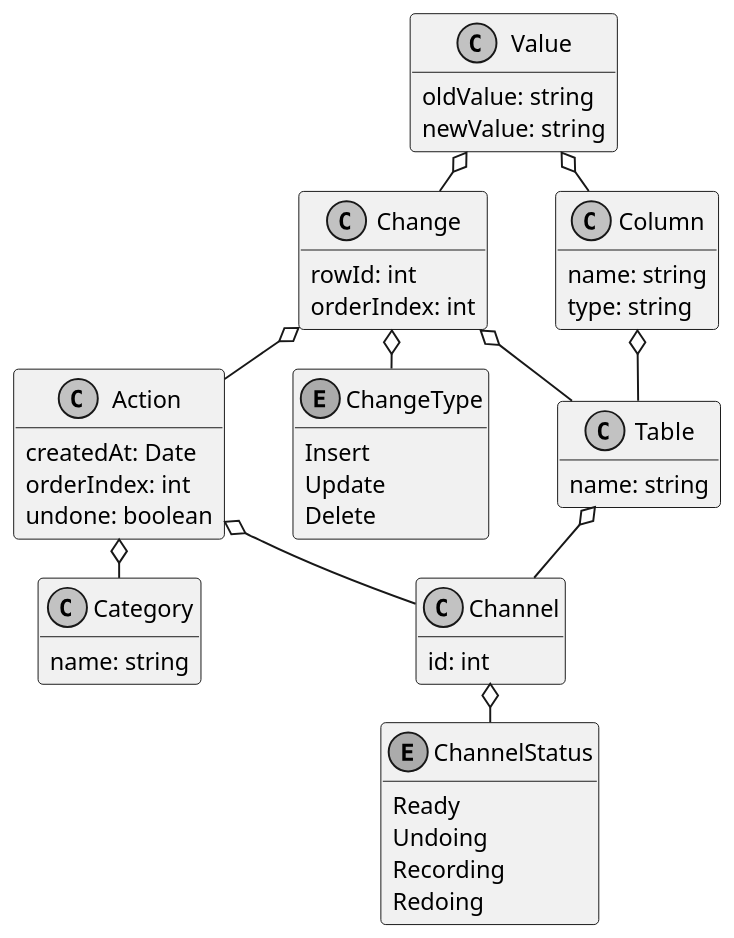
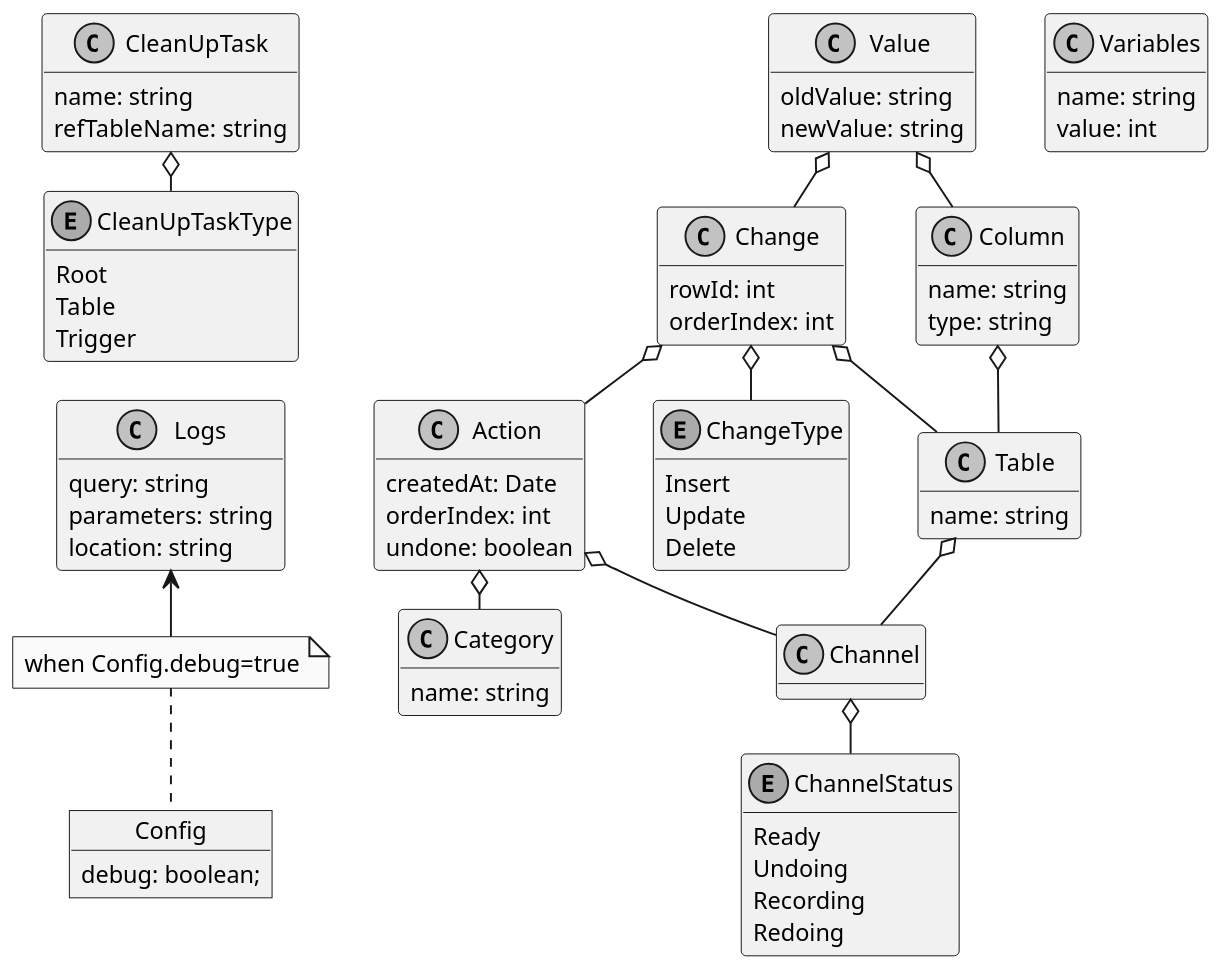
Before and after one commit to Lotes/sqlite-undo-log: the diagram in docs/tables.puml, drawn with PlantUML. The commit also changed 14 other files, not shown here.

```diff
--- a/docs/tables.puml
+++ b/docs/tables.puml
@@ -1,67 +1,100 @@
 @startuml Tables
 skinparam monochrome true
 skinparam ranksep 20
 skinparam dpi 150
 skinparam packageTitleAlignment left
 skinparam usecaseBorderThickness 0.4
 skinparam defaultFontSize 12
 skinparam rectangleBorderThickness 1
 hide methods
 
 class Category {
   name: string
 }
 
 class Action {
   createdAt: Date
   orderIndex: int
   undone: boolean
 }
 
 class Change {
   rowId: int
   orderIndex: int
 }
 
 enum ChangeType {
   Insert
   Update
   Delete
 }
 
 class Table {
   name: string
 }
 
 class Column {
   name: string
   type: string
 }
 
 class Value {
   oldValue: string
   newValue: string
 }
 
 class Channel {
-  id: int
 }
 
 enum ChannelStatus {
   Ready
   Undoing
   Recording
   Redoing
 }
+
+class CleanUpTask {
+  name: string
+  refTableName: string
+}
+
+enum CleanUpTaskType {
+  Root
+  Table
+  Trigger
+}
+
+class Logs {
+  query: string
+  parameters: string
+  location: string
+}
+
+object Config {
+  debug: boolean;
+}
+
+class Variables {
+  name: string
+  value: int
+}
+
+note as NoteLogs
+when Config.debug=true
+end note
 
 Channel o-- ChannelStatus
 Action o-- Channel
 Action o-- Category
 Change o-- Table
 Change o-- Action
 Change o-- ChangeType
 Table o-- Channel
 Column o-- Table 
 Value o-- Column
 Value o-- Change
+CleanUpTask o-- CleanUpTaskType
+Logs -[hidden]up- CleanUpTaskType
+NoteLogs -up-> Logs 
+NoteLogs .down. Config 
 @enduml
```
